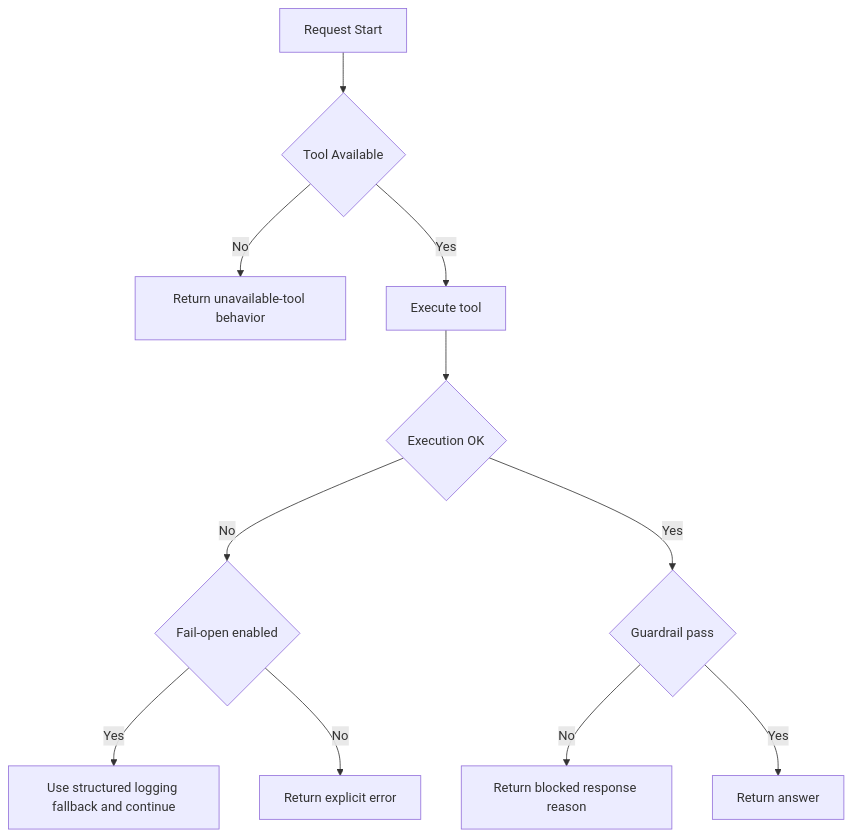
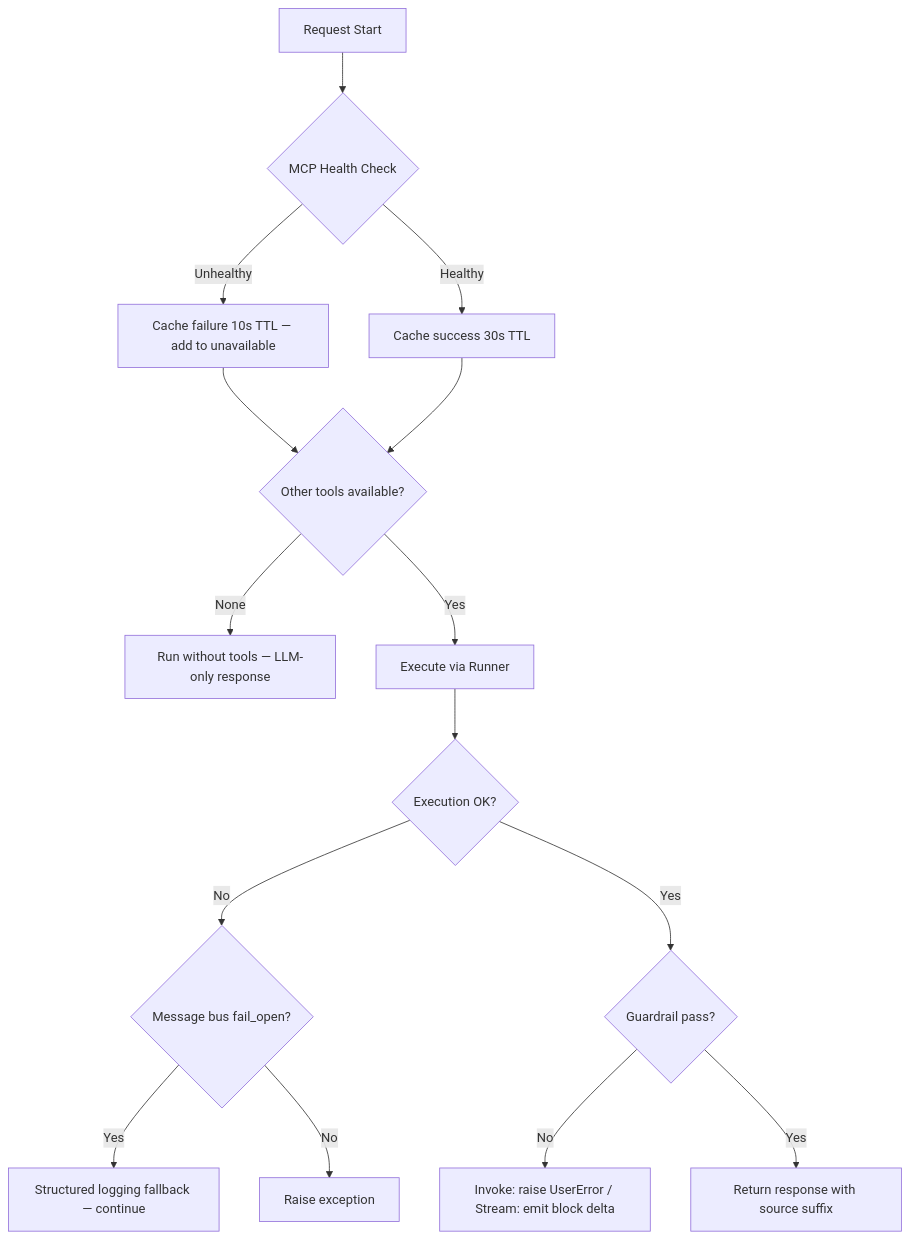
Before and after one commit to wchen-dea/Governed-Multi-Agent-Intelligence-on-Databricks: diagram 11 of 15 in docs/architecture/design-artifacts/00-architecture-board-review.md, drawn with Mermaid. The commit also changed other lines of this file and 51 other files, not shown here.

````diff
--- a/docs/architecture/design-artifacts/00-architecture-board-review.md
+++ b/docs/architecture/design-artifacts/00-architecture-board-review.md
@@ -281,13 +261,17 @@
 ```mermaid
 flowchart TD
-    Start[Request Start] --> Tool{Tool Available}
-    Tool -- No --> Unavailable[Return unavailable-tool behavior]
-    Tool -- Yes --> Exec[Execute tool]
-    Exec --> Ok{Execution OK}
-    Ok -- No --> FailOpen{Fail-open enabled}
-    FailOpen -- Yes --> Fallback[Use structured logging fallback and continue]
-    FailOpen -- No --> Error[Return explicit error]
-    Ok -- Yes --> Guard{Guardrail pass}
-    Guard -- No --> Block[Return blocked response reason]
-    Guard -- Yes --> Success[Return answer]
+    Start[Request Start] --> MCP{MCP Health Check}
+    MCP -- Unhealthy --> Cache[Cache failure 10s TTL — add to unavailable]
+    MCP -- Healthy --> Cache2[Cache success 30s TTL]
+    Cache --> Tool{Other tools available?}
+    Cache2 --> Tool
+    Tool -- None --> NoTool[Run without tools — LLM-only response]
+    Tool -- Yes --> Exec[Execute via Runner]
+    Exec --> Ok{Execution OK?}
+    Ok -- No --> FailOpen{Message bus fail_open?}
+    FailOpen -- Yes --> Fallback[Structured logging fallback — continue]
+    FailOpen -- No --> Error[Raise exception]
+    Ok -- Yes --> Guard{Guardrail pass?}
+    Guard -- No --> Block[Invoke: raise UserError / Stream: emit block delta]
+    Guard -- Yes --> Success[Return response with source suffix]
 ```
````
